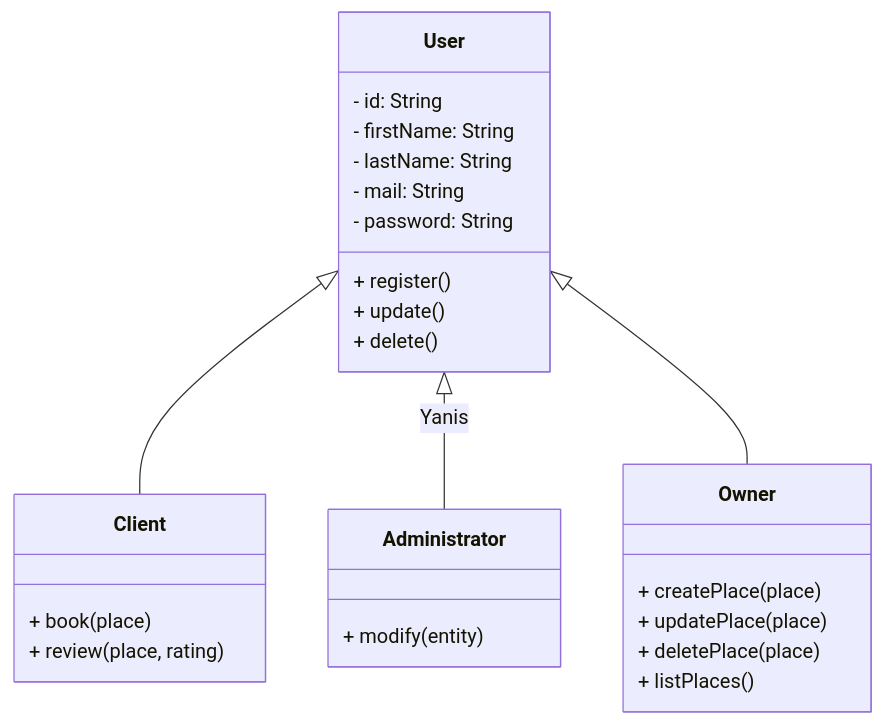
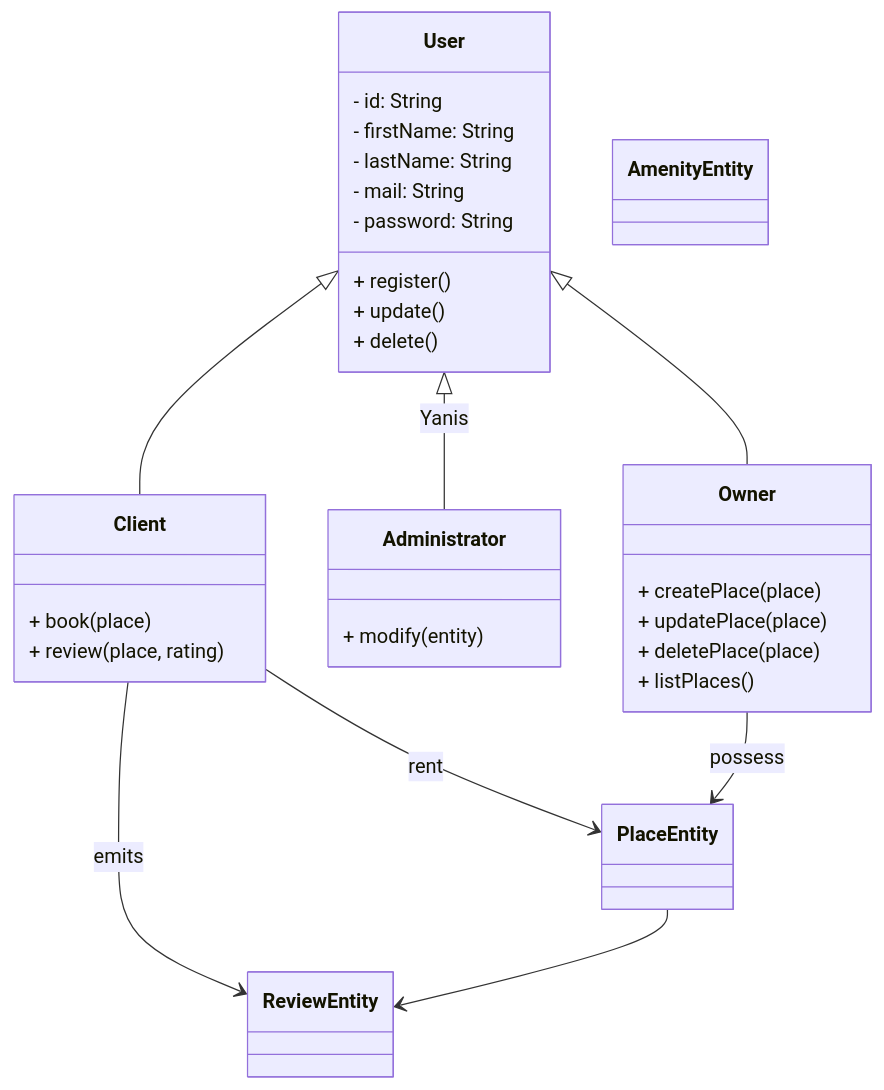
One commit to LEROY-Yanis/holbertonschool-hbnb changed the diagram in task_1.md. Above: the diagram before and after it, drawn with Mermaid.

````diff
--- a/task_1.md
+++ b/task_1.md
@@ -1,35 +1,47 @@
 ```mermaid
 classDiagram
     direction TD
 
     User <|-- Client
     User <|-- Administrator : Yanis
     User <|-- Owner
 
     class User{
         - id: String
         - firstName: String
         - lastName: String
         - mail: String
         - password: String
         + register()
         + update()
         + delete()
     }
 
     class Administrator{
         + modify(entity)
     }
 
     class Client{
         + book(place)
         + review(place, rating)
     }
 
     class Owner{
         + createPlace(place)
         + updatePlace(place)
         + deletePlace(place)
         + listPlaces()
     }
- ```
+
+    Client --> PlaceEntity : rent
+    Client --> ReviewEntity : emits
+    Owner --> PlaceEntity : possess
+    PlaceEntity --> ReviewEntity
+
+    class AmenityEntity{
+    }
+    class ReviewEntity{
+    }
+    class PlaceEntity{
+    }
+```
````
